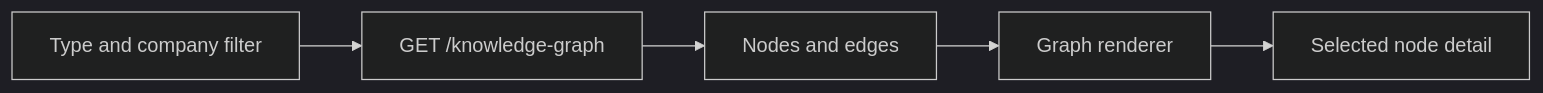
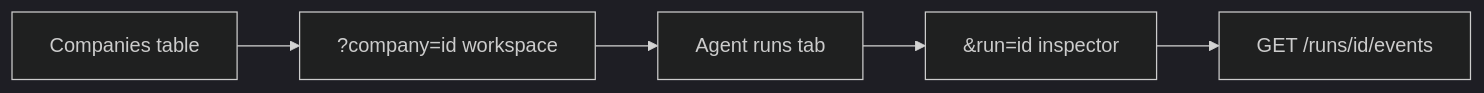
Before and after one commit to MarcAltabella/Cala-OpenAI: the second of 2 diagrams in docs/superpowers/plans/2026-08-29-healthcare-market-intelligence.md, drawn with Mermaid (dark theme). The commit also changed other lines of this file, not shown here.

````diff
--- a/docs/superpowers/plans/2026-08-29-healthcare-market-intelligence.md
+++ b/docs/superpowers/plans/2026-08-29-healthcare-market-intelligence.md
@@ -485,7 +491,7 @@
 ```mermaid
 flowchart LR
-  U[Type and company filter] --> A[GET /knowledge-graph]
-  A --> B[Nodes and edges]
-  B --> C[Graph renderer]
-  C --> D[Selected node detail]
+  T[Companies table] --> C[?company=id workspace]
+  C --> R[Agent runs tab]
+  R --> I[&run=id inspector]
+  I --> E[GET /runs/id/events]
 ```
````
